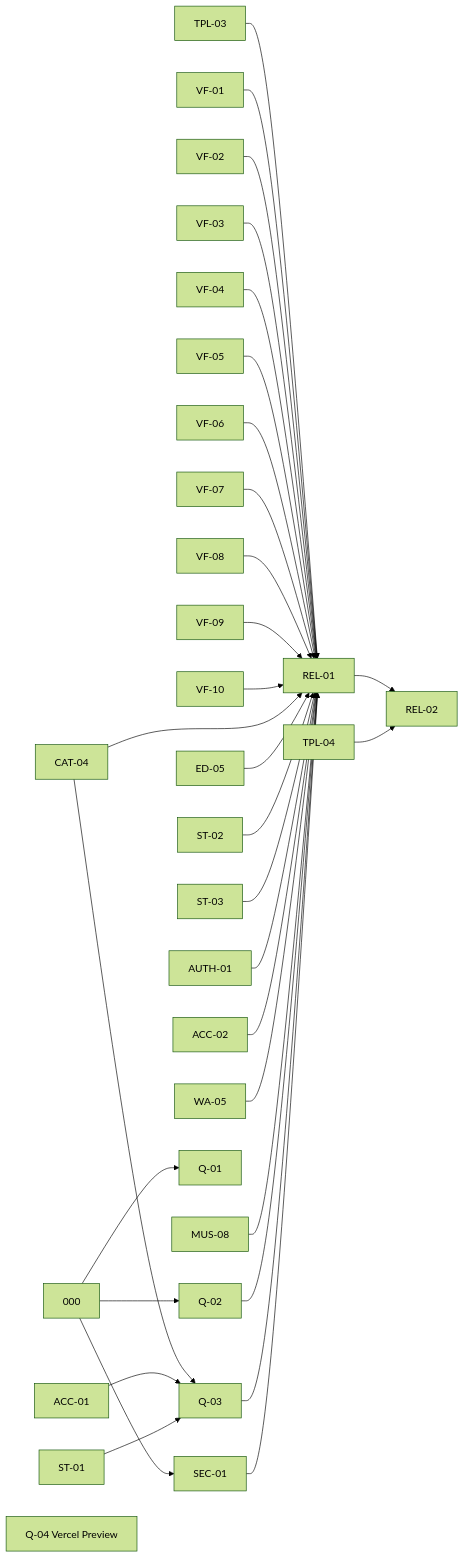
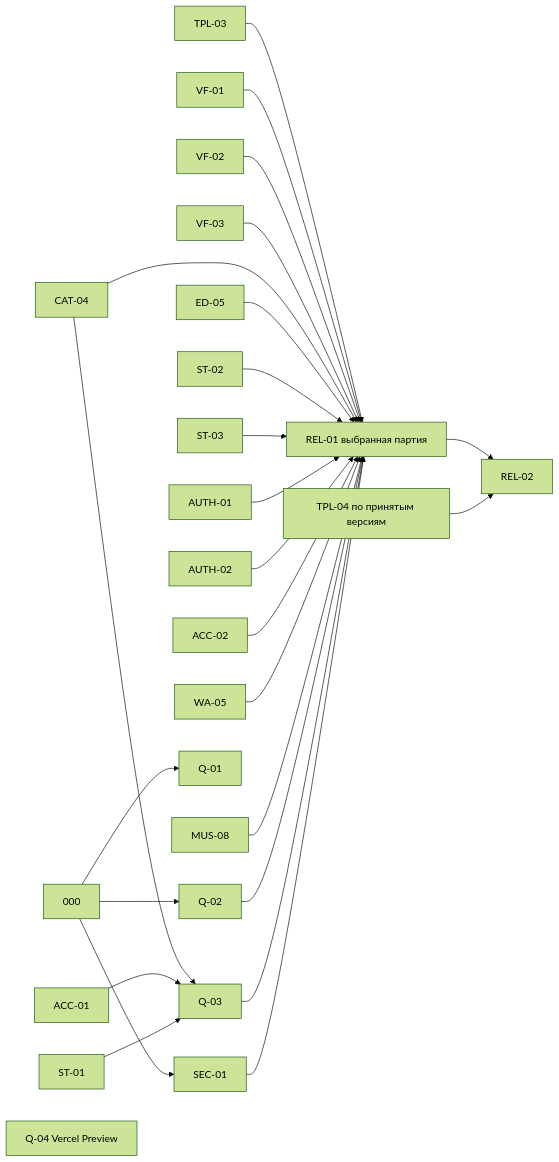
One commit to akkunov/invito changed the fourth of 4 diagrams in docs/architecture/EVENTIQ-4.1-MASTER-PLAN.md. Above: the diagram before and after it, drawn with Mermaid (forest theme). The commit also changed other lines of this file and 12 other files, not shown here.

````diff
--- a/docs/architecture/EVENTIQ-4.1-MASTER-PLAN.md
+++ b/docs/architecture/EVENTIQ-4.1-MASTER-PLAN.md
@@ -190,63 +199,51 @@
 ```mermaid
 flowchart LR
   T000["000"]
   TACC_01["ACC-01"]
   TACC_02["ACC-02"]
   TAUTH_01["AUTH-01"]
+  TAUTH_02["AUTH-02"]
   TCAT_04["CAT-04"]
   TED_05["ED-05"]
   TMUS_08["MUS-08"]
   TST_01["ST-01"]
   TST_02["ST-02"]
   TST_03["ST-03"]
   TTPL_03["TPL-03"]
-  TTPL_04["TPL-04"]
+  TTPL_04["TPL-04 по принятым версиям"]
   TVF_01["VF-01"]
   TVF_02["VF-02"]
   TVF_03["VF-03"]
-  TVF_04["VF-04"]
-  TVF_05["VF-05"]
-  TVF_06["VF-06"]
-  TVF_07["VF-07"]
-  TVF_08["VF-08"]
-  TVF_09["VF-09"]
-  TVF_10["VF-10"]
   TWA_05["WA-05"]
   TQ_01["Q-01"]
   TQ_02["Q-02"]
   TQ_03["Q-03"]
   TQ_04["Q-04 Vercel Preview"]
   TSEC_01["SEC-01"]
-  TREL_01["REL-01"]
+  TREL_01["REL-01 выбранная партия"]
   TREL_02["REL-02"]
   T000 --> TQ_01
   T000 --> TQ_02
   TCAT_04 --> TQ_03
   TACC_01 --> TQ_03
   TST_01 --> TQ_03
   T000 --> TSEC_01
   TTPL_03 --> TREL_01
   TVF_01 --> TREL_01
   TVF_02 --> TREL_01
   TVF_03 --> TREL_01
-  TVF_04 --> TREL_01
-  TVF_05 --> TREL_01
-  TVF_06 --> TREL_01
-  TVF_07 --> TREL_01
-  TVF_08 --> TREL_01
-  TVF_09 --> TREL_01
-  TVF_10 --> TREL_01
   TCAT_04 --> TREL_01
   TED_05 --> TREL_01
   TST_02 --> TREL_01
   TST_03 --> TREL_01
   TAUTH_01 --> TREL_01
+  TAUTH_02 --> TREL_01
   TACC_02 --> TREL_01
   TWA_05 --> TREL_01
   TMUS_08 --> TREL_01
   TQ_02 --> TREL_01
   TQ_03 --> TREL_01
   TSEC_01 --> TREL_01
   TREL_01 --> TREL_02
   TTPL_04 --> TREL_02
 ```
````
